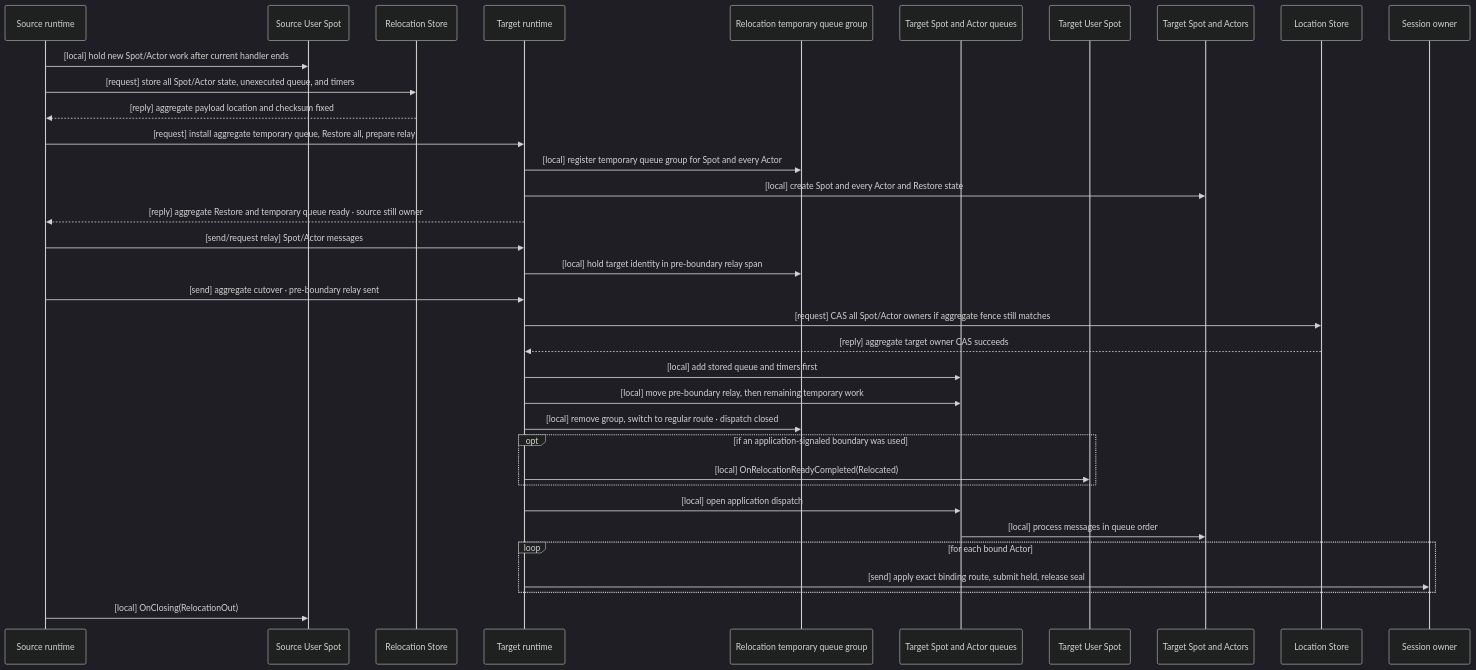
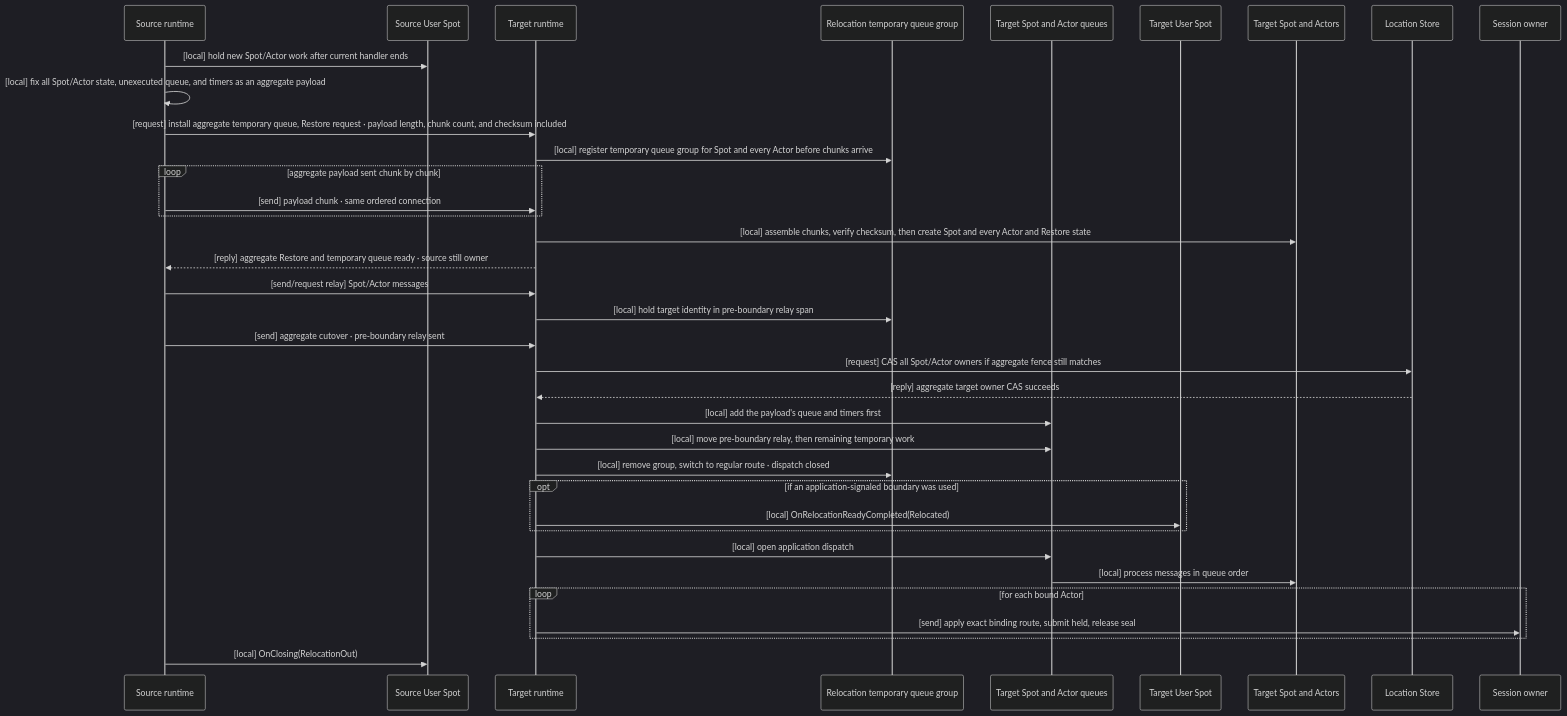
One commit to zlink-systems/zlink changed the seventh of 8 diagrams in framework/doc/framework/common/spec/server/30-host-relocation-flow.en.md. Above: the diagram before and after it, drawn with Mermaid (dark theme). The commit also changed other lines of this file and 145 other files, not shown here.

````diff
--- a/framework/doc/framework/common/spec/server/30-host-relocation-flow.en.md
+++ b/framework/doc/framework/common/spec/server/30-host-relocation-flow.en.md
@@ -770,38 +846,39 @@
 ```mermaid
 sequenceDiagram
     participant SourceRuntime as Source runtime
     participant SourceSpot as Source User Spot
-    participant RelocationStore as Relocation Store
     participant TargetRuntime as Target runtime
     participant TargetTemp as Relocation temporary queue group
     participant TargetQueues as Target Spot and Actor queues
     participant TargetSpot as Target User Spot
     participant TargetObjects as Target Spot and Actors
     participant LocationStore as Location Store
     participant SessionOwner as Session owner
 
     SourceRuntime->>SourceSpot: [local] hold new Spot/Actor work after current handler ends
-    SourceRuntime->>RelocationStore: [request] store all Spot/Actor state, unexecuted queue, and timers
-    RelocationStore-->>SourceRuntime: [reply] aggregate payload location and checksum fixed
-    SourceRuntime->>TargetRuntime: [request] install aggregate temporary queue, Restore all, prepare relay
-    TargetRuntime->>TargetTemp: [local] register temporary queue group for Spot and every Actor
-    TargetRuntime->>TargetObjects: [local] create Spot and every Actor and Restore state
+    SourceRuntime->>SourceRuntime: [local] fix all Spot/Actor state, unexecuted queue, and timers as an aggregate payload
+    SourceRuntime->>TargetRuntime: [request] install aggregate temporary queue, Restore request · payload length, chunk count, and checksum included
+    TargetRuntime->>TargetTemp: [local] register temporary queue group for Spot and every Actor before chunks arrive
+    loop aggregate payload sent chunk by chunk
+        SourceRuntime->>TargetRuntime: [send] payload chunk · same ordered connection
+    end
+    TargetRuntime->>TargetObjects: [local] assemble chunks, verify checksum, then create Spot and every Actor and Restore state
     TargetRuntime-->>SourceRuntime: [reply] aggregate Restore and temporary queue ready · source still owner
     SourceRuntime->>TargetRuntime: [send/request relay] Spot/Actor messages
     TargetRuntime->>TargetTemp: [local] hold target identity in pre-boundary relay span
     SourceRuntime->>TargetRuntime: [send] aggregate cutover · pre-boundary relay sent
     TargetRuntime->>LocationStore: [request] CAS all Spot/Actor owners if aggregate fence still matches
     LocationStore-->>TargetRuntime: [reply] aggregate target owner CAS succeeds
-    TargetRuntime->>TargetQueues: [local] add stored queue and timers first
+    TargetRuntime->>TargetQueues: [local] add the payload's queue and timers first
     TargetRuntime->>TargetQueues: [local] move pre-boundary relay, then remaining temporary work
     TargetRuntime->>TargetTemp: [local] remove group, switch to regular route · dispatch closed
     opt if an application-signaled boundary was used
         TargetRuntime->>TargetSpot: [local] OnRelocationReadyCompleted(Relocated)
     end
     TargetRuntime->>TargetQueues: [local] open application dispatch
     TargetQueues->>TargetObjects: [local] process messages in queue order
     loop for each bound Actor
         TargetRuntime->>SessionOwner: [send] apply exact binding route, submit held, release seal
     end
     SourceRuntime->>SourceSpot: [local] OnClosing(RelocationOut)
 ```
````
